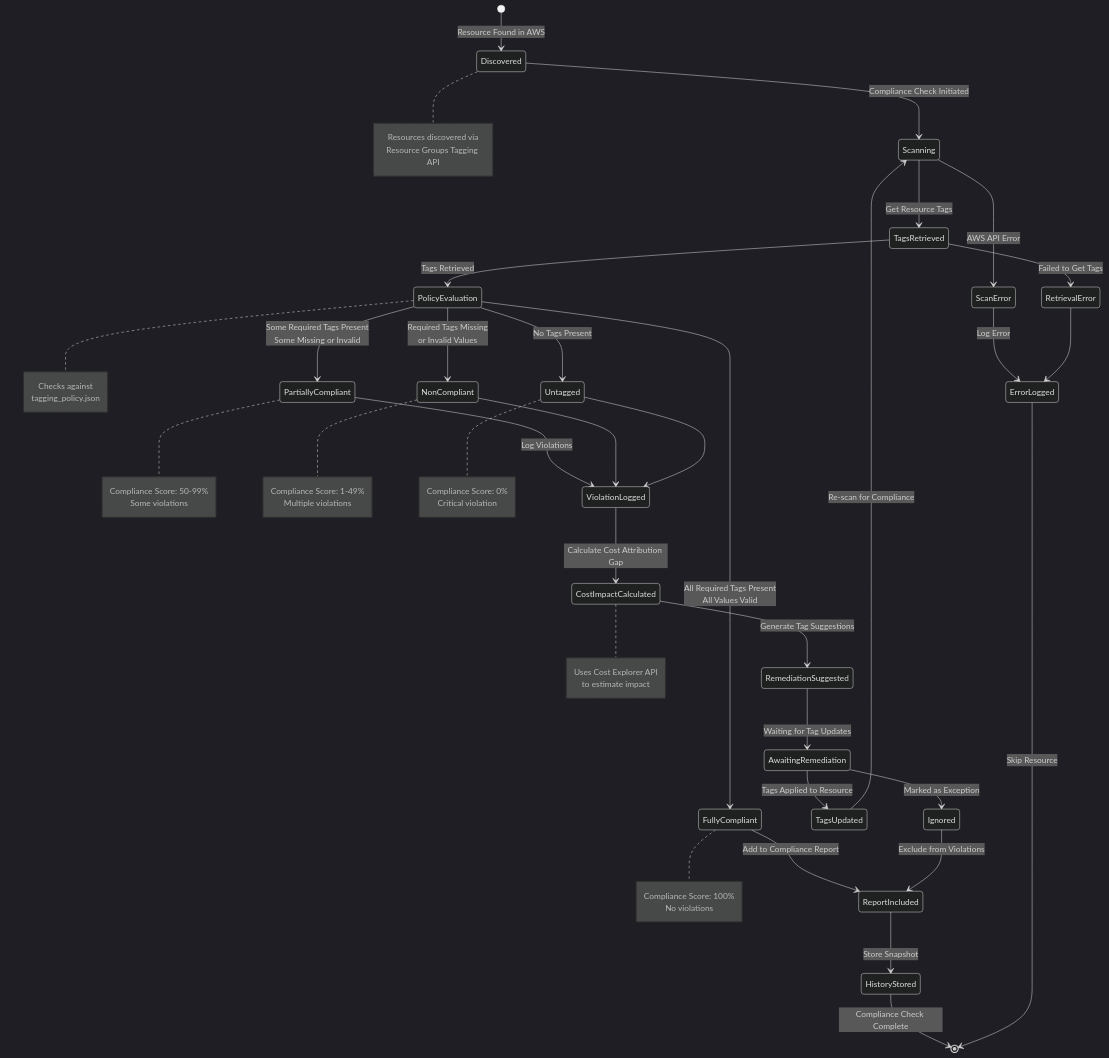
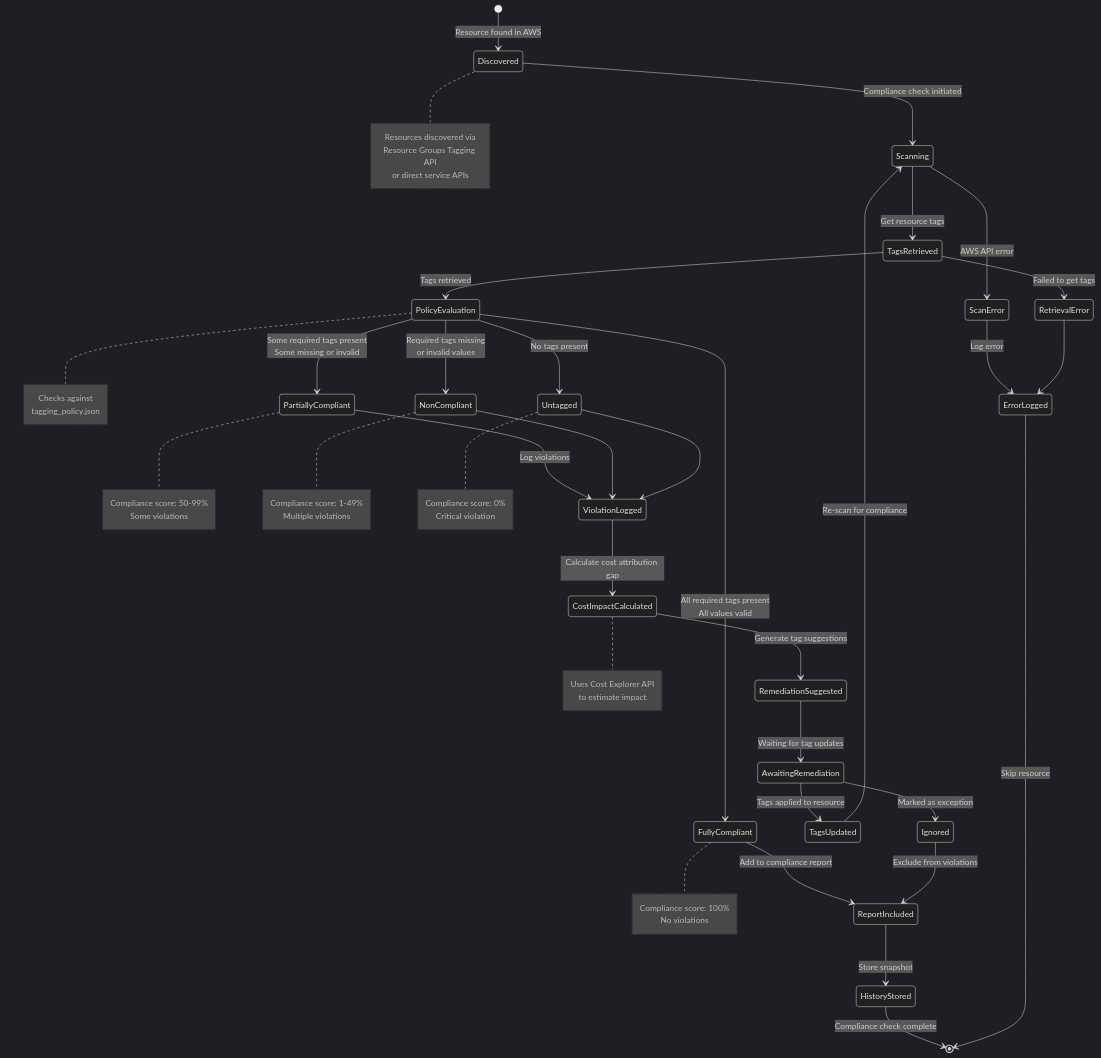
One commit to OptimNow/finops-tag-compliance-mcp changed the second of 4 diagrams in docs/diagrams/02-state-machine-diagrams.md. Above: the diagram before and after it, drawn with Mermaid (dark theme). The commit also changed other lines of this file and 6 other files, not shown here.

First line of the commit message:
docs: rewrite diagrams for stdio architecture, delete HTTP-only docs

````diff
--- a/docs/diagrams/02-state-machine-diagrams.md
+++ b/docs/diagrams/02-state-machine-diagrams.md
@@ -121,80 +112,81 @@
 ```mermaid
 stateDiagram-v2
-    [*] --> Discovered: Resource Found in AWS
+    [*] --> Discovered: Resource found in AWS
 
-    Discovered --> Scanning: Compliance Check Initiated
+    Discovered --> Scanning: Compliance check initiated
 
-    Scanning --> TagsRetrieved: Get Resource Tags
+    Scanning --> TagsRetrieved: Get resource tags
 
-    TagsRetrieved --> PolicyEvaluation: Tags Retrieved
+    TagsRetrieved --> PolicyEvaluation: Tags retrieved
 
-    PolicyEvaluation --> FullyCompliant: All Required Tags Present<br/>All Values Valid
-    PolicyEvaluation --> PartiallyCompliant: Some Required Tags Present<br/>Some Missing or Invalid
-    PolicyEvaluation --> NonCompliant: Required Tags Missing<br/>or Invalid Values
-    PolicyEvaluation --> Untagged: No Tags Present
+    PolicyEvaluation --> FullyCompliant: All required tags present<br/>All values valid
+    PolicyEvaluation --> PartiallyCompliant: Some required tags present<br/>Some missing or invalid
+    PolicyEvaluation --> NonCompliant: Required tags missing<br/>or invalid values
+    PolicyEvaluation --> Untagged: No tags present
 
-    FullyCompliant --> ReportIncluded: Add to Compliance Report
-    PartiallyCompliant --> ViolationLogged: Log Violations
+    FullyCompliant --> ReportIncluded: Add to compliance report
+    PartiallyCompliant --> ViolationLogged: Log violations
     NonCompliant --> ViolationLogged
     Untagged --> ViolationLogged
 
-    ViolationLogged --> CostImpactCalculated: Calculate Cost Attribution Gap
+    ViolationLogged --> CostImpactCalculated: Calculate cost attribution gap
 
-    CostImpactCalculated --> RemediationSuggested: Generate Tag Suggestions
+    CostImpactCalculated --> RemediationSuggested: Generate tag suggestions
 
-    RemediationSuggested --> AwaitingRemediation: Waiting for Tag Updates
+    RemediationSuggested --> AwaitingRemediation: Waiting for tag updates
 
-    AwaitingRemediation --> TagsUpdated: Tags Applied to Resource
-    AwaitingRemediation --> Ignored: Marked as Exception
+    AwaitingRemediation --> TagsUpdated: Tags applied to resource
+    AwaitingRemediation --> Ignored: Marked as exception
 
-    TagsUpdated --> Scanning: Re-scan for Compliance
+    TagsUpdated --> Scanning: Re-scan for compliance
 
-    ReportIncluded --> HistoryStored: Store Snapshot
-    HistoryStored --> [*]: Compliance Check Complete
+    ReportIncluded --> HistoryStored: Store snapshot
+    HistoryStored --> [*]: Compliance check complete
 
-    Ignored --> ReportIncluded: Exclude from Violations
+    Ignored --> ReportIncluded: Exclude from violations
 
     %% Error States
-    Scanning --> ScanError: AWS API Error
-    TagsRetrieved --> RetrievalError: Failed to Get Tags
+    Scanning --> ScanError: AWS API error
+    TagsRetrieved --> RetrievalError: Failed to get tags
 
-    ScanError --> ErrorLogged: Log Error
+    ScanError --> ErrorLogged: Log error
     RetrievalError --> ErrorLogged
-    ErrorLogged --> [*]: Skip Resource
+    ErrorLogged --> [*]: Skip resource
 
     %% State Notes
     note right of Discovered
         Resources discovered via
         Resource Groups Tagging API
+        or direct service APIs
     end note
 
     note right of PolicyEvaluation
         Checks against
         tagging_policy.json
     end note
 
     note right of FullyCompliant
-        Compliance Score: 100%
+        Compliance score: 100%
         No violations
     end note
 
     note right of PartiallyCompliant
-        Compliance Score: 50-99%
+        Compliance score: 50-99%
         Some violations
     end note
 
     note right of NonCompliant
-        Compliance Score: 1-49%
+        Compliance score: 1-49%
         Multiple violations
     end note
 
     note right of Untagged
-        Compliance Score: 0%
+        Compliance score: 0%
         Critical violation
     end note
 
     note right of CostImpactCalculated
         Uses Cost Explorer API
         to estimate impact
     end note
 ```
````
